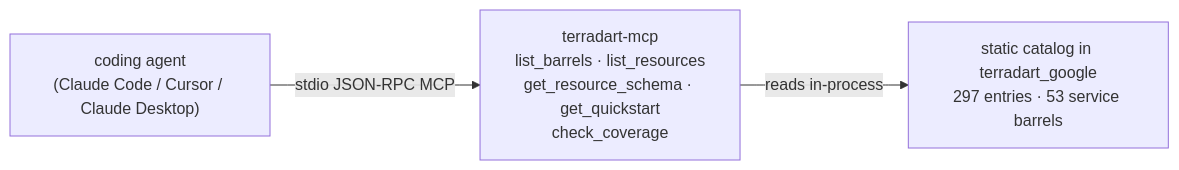
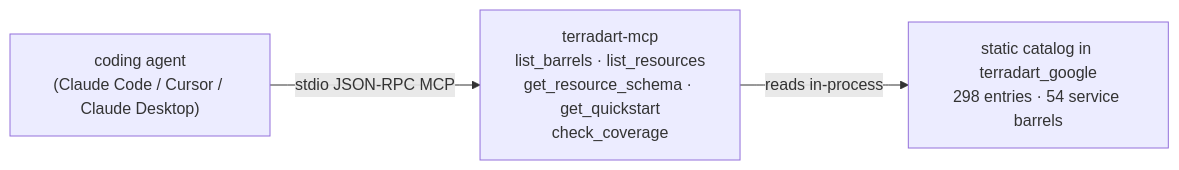
One commit to nozomi-koborinai/terradart changed the diagram in website/src/content/docs/docs/agent/index.md. Above: the diagram before and after it, drawn with Mermaid. The commit also changed other lines of this file and 22 other files, not shown here.

````diff
--- a/website/src/content/docs/docs/agent/index.md
+++ b/website/src/content/docs/docs/agent/index.md
@@ -12,8 +12,8 @@
 ```mermaid
 graph LR
   agent["coding agent<br/>(Claude Code / Cursor / Claude Desktop)"]
   mcp["terradart-mcp<br/>list_barrels · list_resources<br/>get_resource_schema · get_quickstart<br/>check_coverage"]
-  catalog["static catalog in terradart_google<br/>297 entries · 53 service barrels"]
+  catalog["static catalog in terradart_google<br/>298 entries · 54 service barrels"]
   agent -->|stdio JSON-RPC MCP| mcp
   mcp -->|reads in-process| catalog
 ```
````
